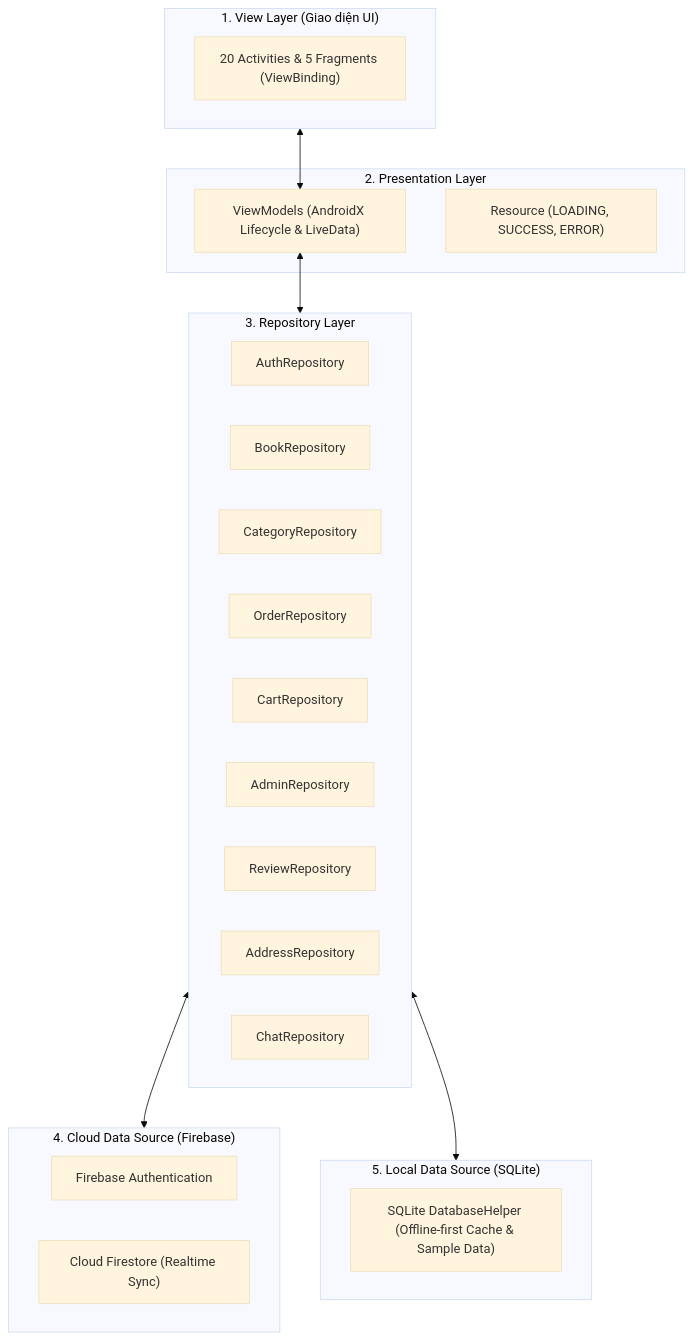
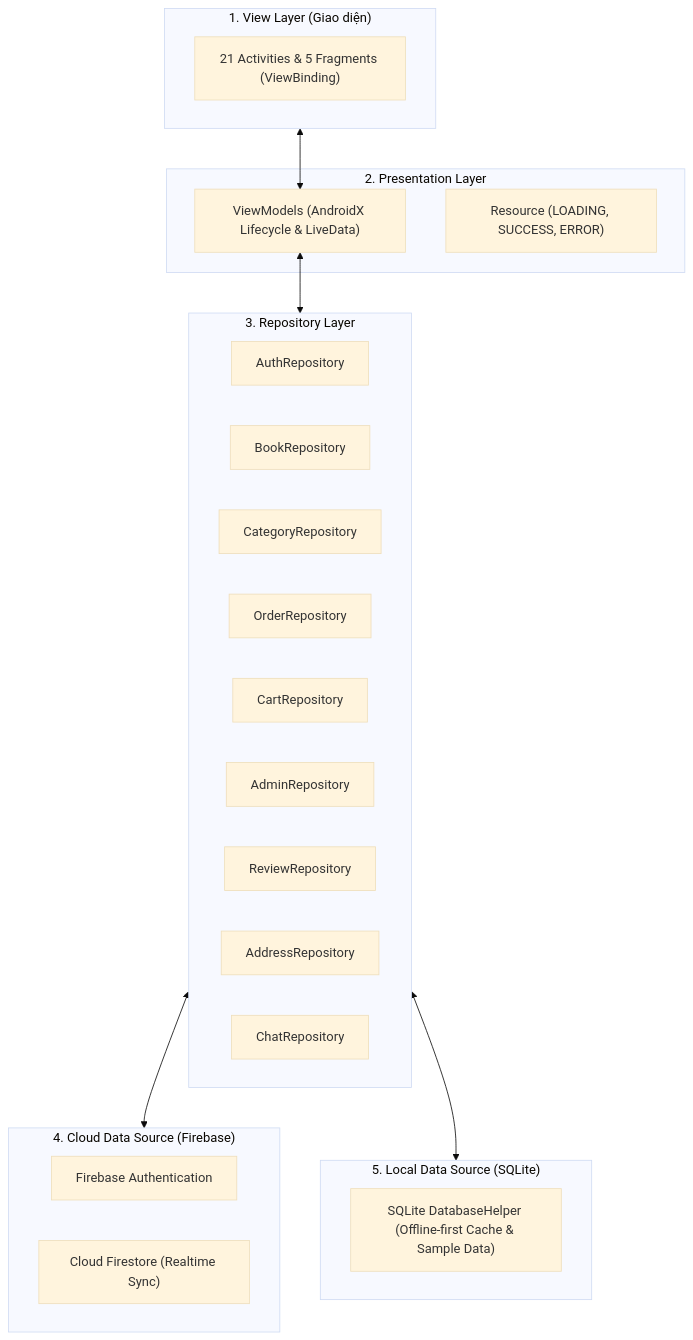
One commit to Utabus/BookStoreApp changed the diagram in README.md. Above: the diagram before and after it, drawn with Mermaid (base theme). The commit also changed other lines of this file, not shown here.

Commit message:
docs: Update README with 5 advanced features, updated architecture and tech stack

````diff
--- a/README.md
+++ b/README.md
@@ -72,37 +94,37 @@
 ```mermaid
 graph TD
-    subgraph UI["1. View Layer (Giao diện UI)"]
-        Activity["20 Activities & 5 Fragments (ViewBinding)"]
+    subgraph UI["1. View Layer (Giao diện)"]
+        Activity["21 Activities & 5 Fragments (ViewBinding)"]
     end
 
     subgraph ViewModel["2. Presentation Layer"]
         VM["ViewModels (AndroidX Lifecycle & LiveData)"]
         Res["Resource<T> (LOADING, SUCCESS, ERROR)"]
     end
 
     subgraph Repository["3. Repository Layer"]
         AuthRepo["AuthRepository"]
         BookRepo["BookRepository"]
         CatRepo["CategoryRepository"]
         OrderRepo["OrderRepository"]
         CartRepo["CartRepository"]
         AdminRepo["AdminRepository"]
         ReviewRepo["ReviewRepository"]
         AddrRepo["AddressRepository"]
         ChatRepo["ChatRepository"]
     end
 
     subgraph Remote["4. Cloud Data Source (Firebase)"]
         FB_Auth["Firebase Authentication"]
         FB_Store["Cloud Firestore (Realtime Sync)"]
     end
 
     subgraph Local["5. Local Data Source (SQLite)"]
         DB["SQLite DatabaseHelper (Offline-first Cache & Sample Data)"]
     end
 
     UI <--> VM
     VM <--> Repository
     Repository <--> Remote
     Repository <--> Local
 ```
````
